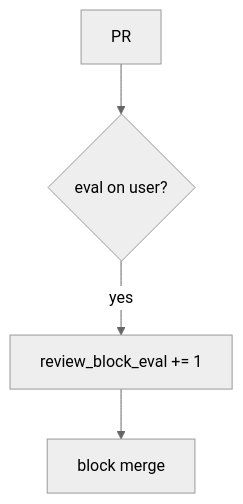
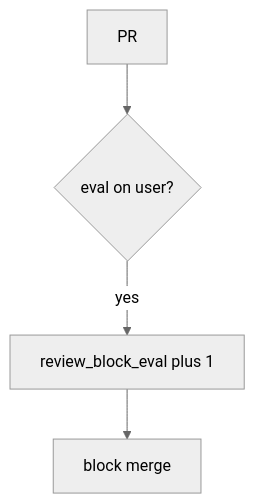
The diagram in content/modules/9/9.2/lessons/06-operate.md (ishitvagoel/LearnSecurity), drawn with Mermaid (neutral theme) before and after one commit. The commit also changed other lines of this file and 28 other files, not shown here.

````diff
--- a/content/modules/9/9.2/lessons/06-operate.md
+++ b/content/modules/9/9.2/lessons/06-operate.md
@@ -13,6 +13,6 @@
 ```mermaid
 flowchart TD
   Pr[PR] --> Ev{eval on user?}
-  Ev -->|yes| Metric["review_block_eval += 1"]
+  Ev -->|yes| Metric["review_block_eval plus 1"]
   Metric --> Revert[block merge]
 ```
````
